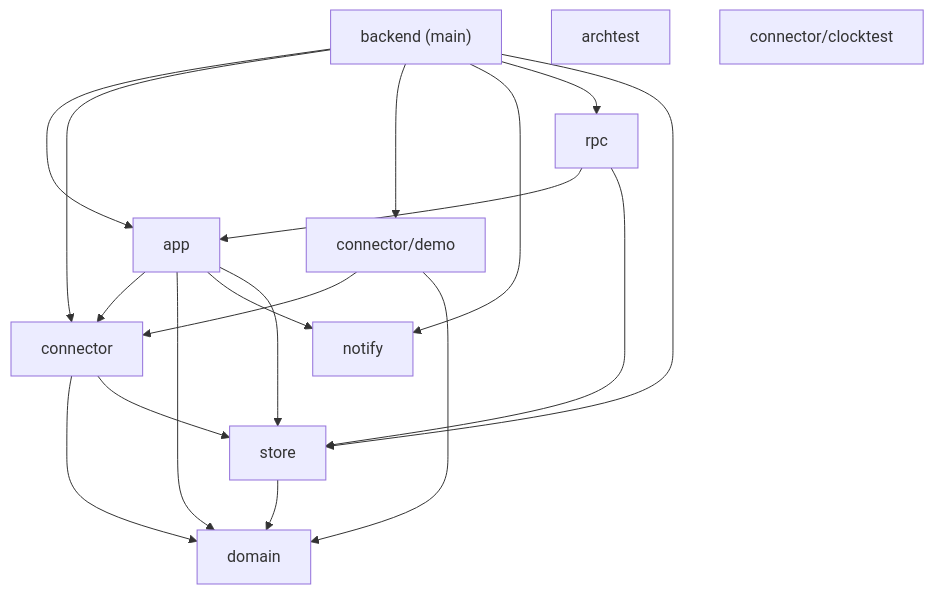
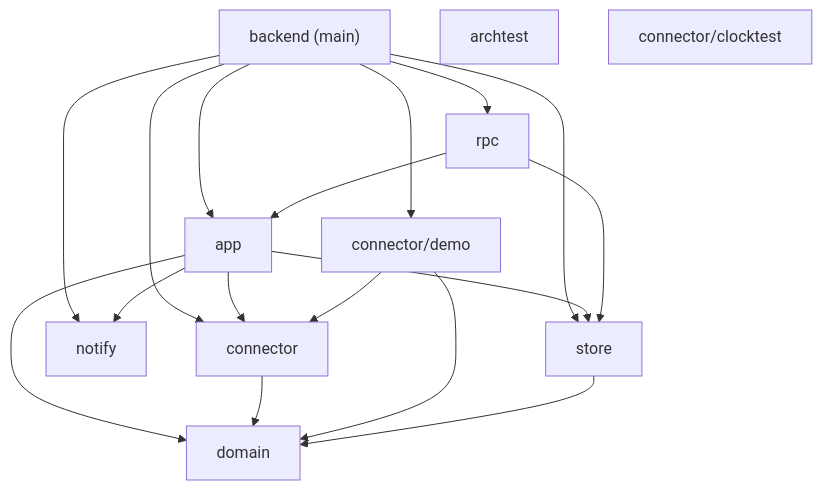
Before and after one commit to timlittle/omamessenger: the diagram in docs/ARCHITECTURE.md, drawn with Mermaid. The commit also changed other lines of this file and 4 other files, not shown here.

````diff
--- a/docs/ARCHITECTURE.md
+++ b/docs/ARCHITECTURE.md
@@ -5,30 +5,29 @@
 ```mermaid
 graph TD
   p0["backend (main)"]
   p1["app"]
   p2["archtest"]
   p3["connector"]
   p4["connector/clocktest"]
   p5["connector/demo"]
   p6["domain"]
   p7["notify"]
   p8["rpc"]
   p9["store"]
   p0 --> p1
   p0 --> p3
   p0 --> p5
   p0 --> p7
   p0 --> p8
   p0 --> p9
   p1 --> p3
   p1 --> p6
   p1 --> p7
   p1 --> p9
   p3 --> p6
-  p3 --> p9
   p5 --> p3
   p5 --> p6
   p8 --> p1
   p8 --> p9
   p9 --> p6
 ```
````
